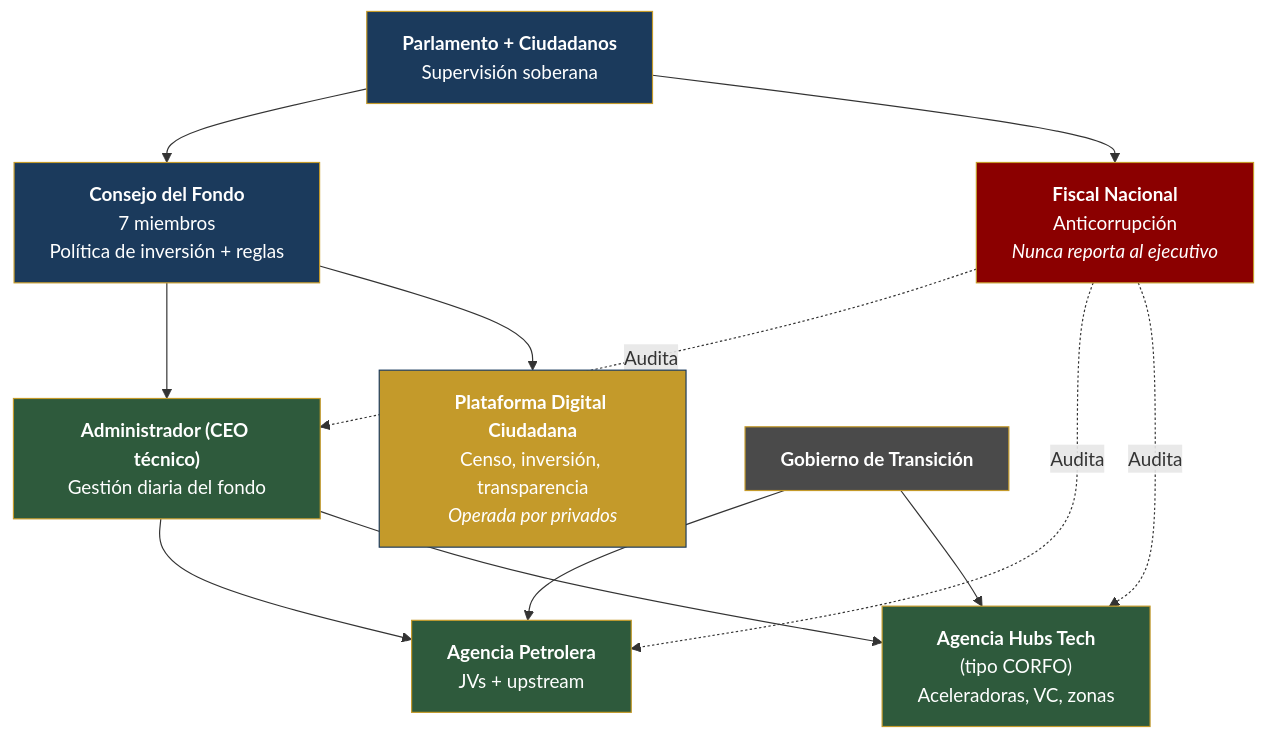
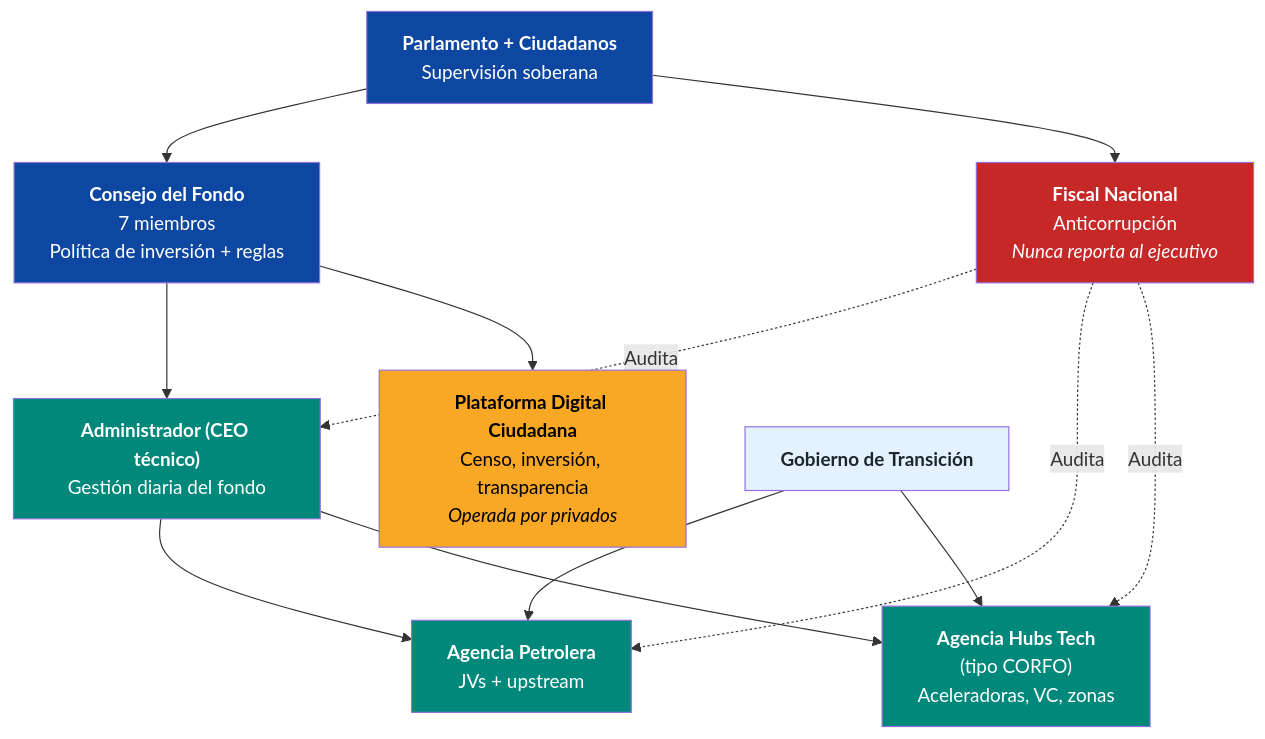
The diagram in docs/06-realidad/esg-ejecucion.md (Venezuela-S-A/venezuela-sa), drawn with Mermaid before and after one commit. The commit also changed 127 other files, not shown here.

````diff
--- a/docs/06-realidad/esg-ejecucion.md
+++ b/docs/06-realidad/esg-ejecucion.md
@@ -19,27 +19,27 @@
 ```mermaid
 flowchart TD
     P["<b>Parlamento + Ciudadanos</b><br/>Supervisión soberana"] --> CF
     P --> FN
 
     CF["<b>Consejo del Fondo</b><br/>7 miembros<br/>Política de inversión + reglas"] --> ADM["<b>Administrador (CEO técnico)</b><br/>Gestión diaria del fondo"]
     CF --> PDC["<b>Plataforma Digital Ciudadana</b><br/>Censo, inversión, transparencia<br/><i>Operada por privados</i>"]
 
     ADM --> AP["<b>Agencia Petrolera</b><br/>JVs + upstream"]
     ADM --> AHT["<b>Agencia Hubs Tech</b><br/>(tipo CORFO)<br/>Aceleradoras, VC, zonas"]
 
     FN["<b>Fiscal Nacional</b><br/>Anticorrupción<br/><i>Nunca reporta al ejecutivo</i>"] -.->|"Audita"| ADM
     FN -.->|"Audita"| AP
     FN -.->|"Audita"| AHT
 
     GOB["<b>Gobierno de Transición</b>"] --> AP
     GOB --> AHT
 
-    style P fill:#1B3A5C,stroke:#C49A2A,color:#fff
-    style CF fill:#1B3A5C,stroke:#C49A2A,color:#fff
-    style FN fill:#8B0000,stroke:#C49A2A,color:#fff
-    style ADM fill:#2E5A3C,stroke:#C49A2A,color:#fff
-    style AP fill:#2E5A3C,stroke:#C49A2A,color:#fff
-    style AHT fill:#2E5A3C,stroke:#C49A2A,color:#fff
-    style PDC fill:#C49A2A,stroke:#1B3A5C,color:#fff
-    style GOB fill:#4A4A4A,stroke:#C49A2A,color:#fff
+    style P fill:#0D47A1,color:#fff
+    style CF fill:#0D47A1,color:#fff
+    style FN fill:#C62828,color:#fff
+    style ADM fill:#00897B,color:#fff
+    style AP fill:#00897B,color:#fff
+    style AHT fill:#00897B,color:#fff
+    style PDC fill:#F9A825,color:#000
+    style GOB fill:#E3F2FD,color:#1B2631
 ```
````
